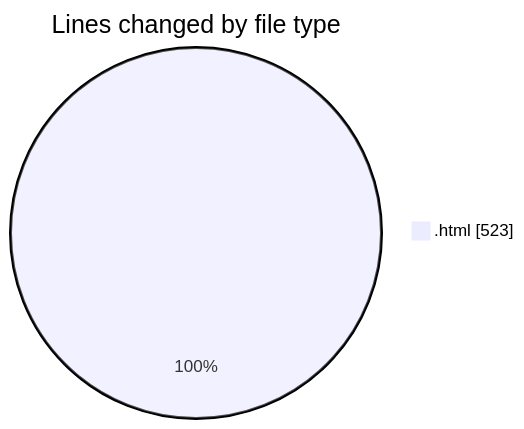
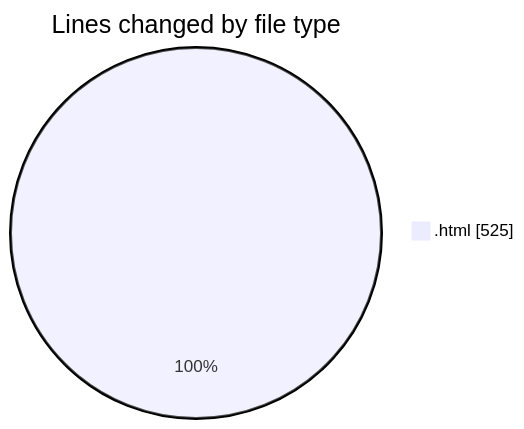
One commit to LanceThiago/code-tracking changed the first of 2 diagrams in 2025-01-07/nueva_carpeta/README.md. Above: the diagram before and after it, drawn with Mermaid. The commit also changed other lines of this file and 1 other file, not shown here.

````diff
--- a/2025-01-07/nueva_carpeta/README.md
+++ b/2025-01-07/nueva_carpeta/README.md
@@ -20,5 +20,5 @@
 ```mermaid
 pie showData
 title Lines changed by file type
-".html" : 523
+".html" : 525
 ```
````
